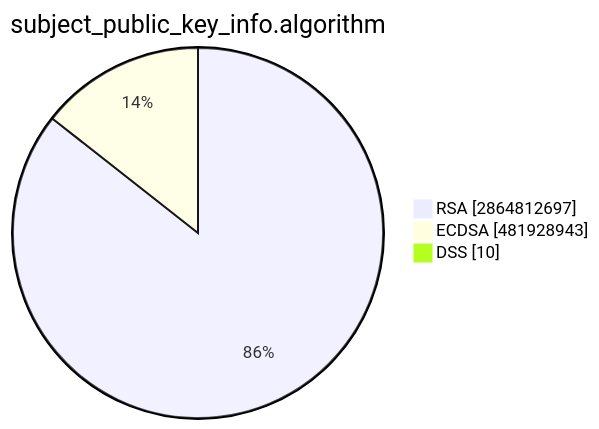
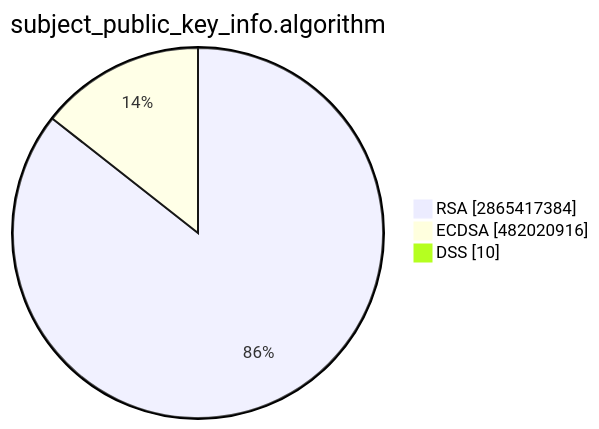
Before and after one commit to christiankrug/ctmonitor_visualization: the second of 15 diagrams in TOTAL/README.md, drawn with Mermaid. The commit also changed other lines of this file, not shown here.

````diff
--- a/TOTAL/README.md
+++ b/TOTAL/README.md
@@ -6,7 +6,7 @@
 ```mermaid
 pie showData
 title subject_public_key_info.algorithm
-"RSA" :2864812697
-"ECDSA" :481928943
+"RSA" :2865417384
+"ECDSA" :482020916
 "DSS" :10
 ```
````
